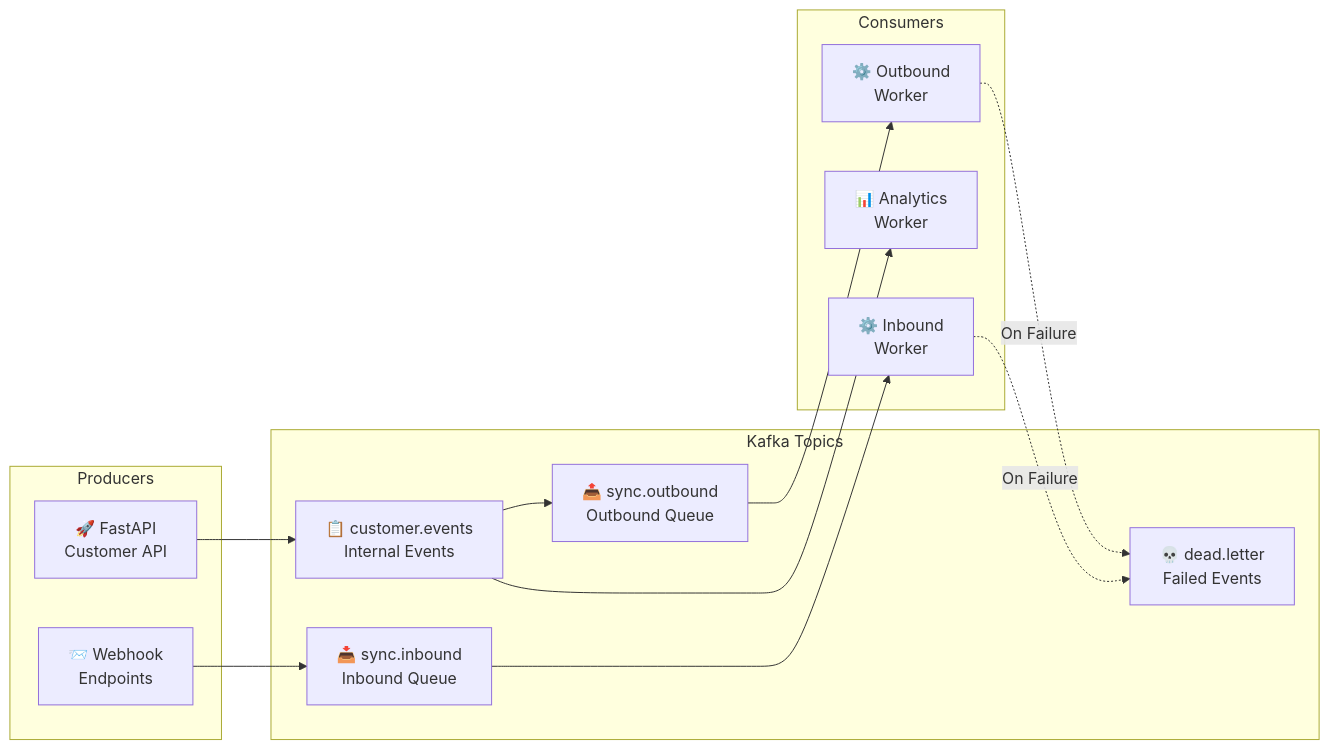
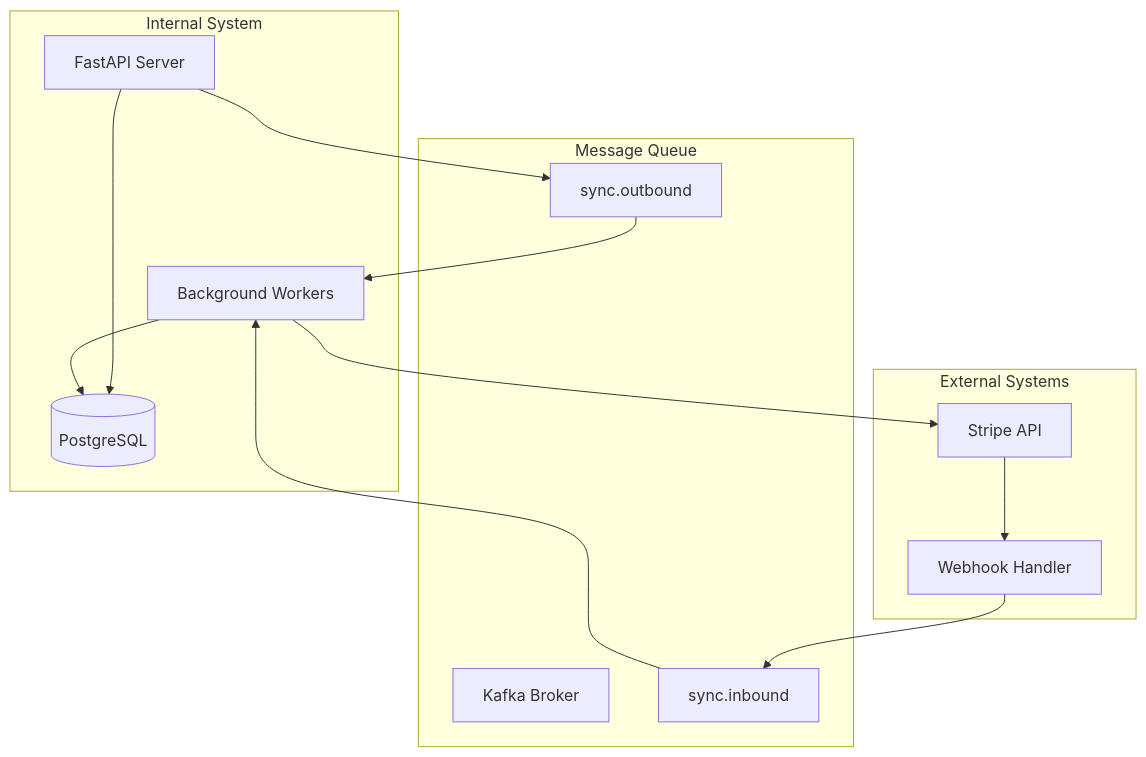
Before and after one commit to Shashankpantiitbhilai/SyncFlow: the first of 6 diagrams in README.md, drawn with Mermaid. The commit also changed other lines of this file and 19 other files, not shown here.

````diff
--- a/README.md
+++ b/README.md
@@ -704,30 +30,28 @@
 ```mermaid
-graph LR
-    subgraph "Kafka Topics"
-        A[📋 customer.events<br/>Internal Events]
-        B[📤 sync.outbound<br/>Outbound Queue]
-        C[📥 sync.inbound<br/>Inbound Queue]
-        D[💀 dead.letter<br/>Failed Events]
+graph TB
+    subgraph "Internal System"
+        API[FastAPI Server]
+        DB[(PostgreSQL)]
+        Worker[Background Workers]
     end
     
-    subgraph "Producers"
-        E[🚀 FastAPI<br/>Customer API]
-        F[📨 Webhook<br/>Endpoints]
+    subgraph "Message Queue"
+        Kafka[Kafka Broker]
+        OutTopic[sync.outbound]
+        InTopic[sync.inbound]
     end
     
-    subgraph "Consumers"
-        G[⚙️ Outbound<br/>Worker]
-        H[⚙️ Inbound<br/>Worker]
-        I[📊 Analytics<br/>Worker]
+    subgraph "External Systems"
+        Stripe[Stripe API]
+        Webhook[Webhook Handler]
     end
     
-    E --> A
-    F --> C
-    A --> B
-    B --> G
-    C --> H
-    A --> I
-    
-    G -.->|On Failure| D
-    H -.->|On Failure| D
+    API --> DB
+    API --> OutTopic
+    OutTopic --> Worker
+    Worker --> Stripe
+    Stripe --> Webhook
+    Webhook --> InTopic
+    InTopic --> Worker
+    Worker --> DB
 ```
````
